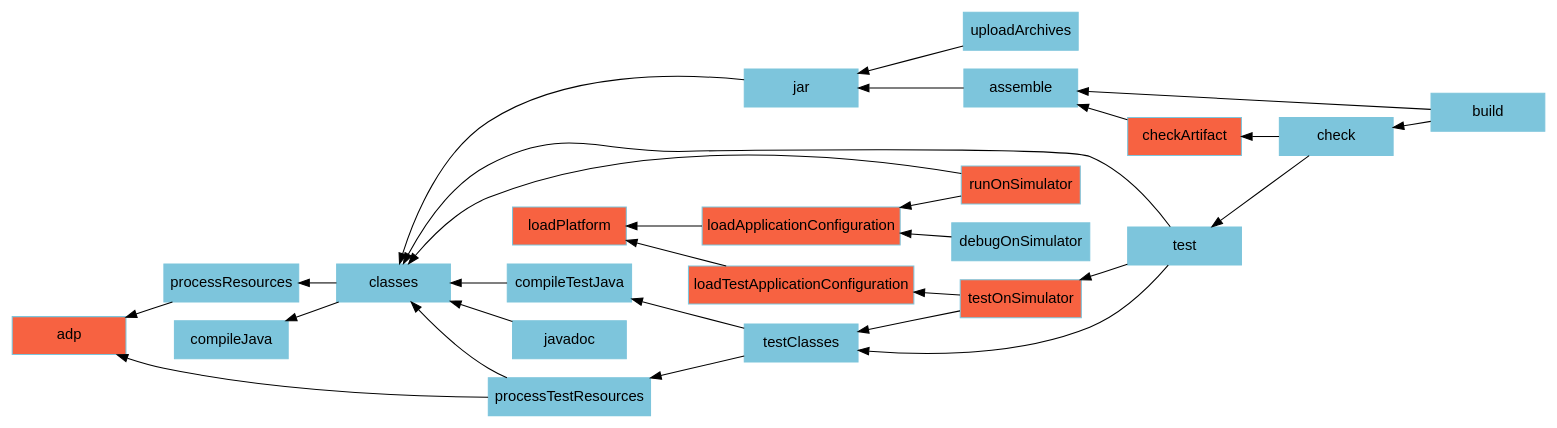
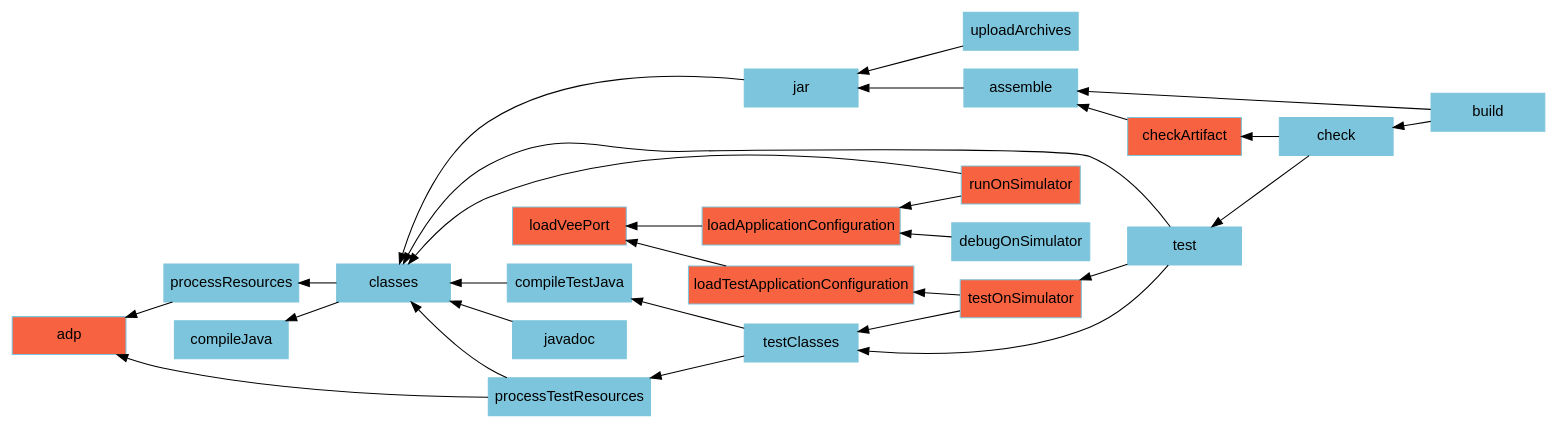
Before and after one commit to MicroEJ/docs: the diagram in SDK6UserGuide/graphJavaModule.dot, drawn with Graphviz. The commit also changed 9 other files, not shown here.

Commit message:
M0078DDG-514 Rename Platform to VEE Port

```diff
--- a/SDK6UserGuide/graphJavaModule.dot
+++ b/SDK6UserGuide/graphJavaModule.dot
@@ -1,46 +1,46 @@
 digraph mygraph {
     rankdir="RL";
     fontname="Helvetica,Arial,sans-serif"
     node [
         shape = box
         width = 1.5
         color = "#7dc5dc"
         style = filled
         fontname="Helvetica,Arial,sans-serif"
     ]
     edge [fontname="Helvetica,Arial,sans-serif"]
     "adp" [fillcolor = "#f76241"]
     "checkArtifact" [fillcolor = "#f76241"]
-    "loadPlatform" [fillcolor = "#f76241"]
+    "loadVeePort" [fillcolor = "#f76241"]
     "loadApplicationConfiguration" [fillcolor = "#f76241"]
     "loadTestApplicationConfiguration" [fillcolor = "#f76241"]
     "runOnSimulator" [fillcolor = "#f76241"]
     "testOnSimulator" [fillcolor = "#f76241"]
     "build" -> "check"
     "check" -> "test"
     "test" -> "testOnSimulator"
     "test" -> "classes"
     "test" -> "testClasses"
     "testOnSimulator" -> "testClasses"
     "testOnSimulator" -> "loadTestApplicationConfiguration"
     "testClasses" -> "compileTestJava"
     "testClasses" -> "processTestResources"
-    "loadTestApplicationConfiguration" -> "loadPlatform"
+    "loadTestApplicationConfiguration" -> "loadVeePort"
     "processResources" -> "adp"
     "processTestResources" -> "adp"
     "processTestResources" -> "classes"
     "compileTestJava" -> "classes"
     "javadoc" -> "classes"
     "classes" -> "compileJava"
     "classes" -> "processResources"
     "build" -> "assemble"
     "assemble" -> "jar"
     "uploadArchives" -> "jar"
     "jar" -> "classes"
     "runOnSimulator" -> "classes"
     "runOnSimulator" -> "loadApplicationConfiguration"
     "debugOnSimulator" -> "loadApplicationConfiguration"
-    "loadApplicationConfiguration" -> "loadPlatform"
+    "loadApplicationConfiguration" -> "loadVeePort"
     "checkArtifact" -> "assemble"
     "check" -> "checkArtifact"
 }
```
